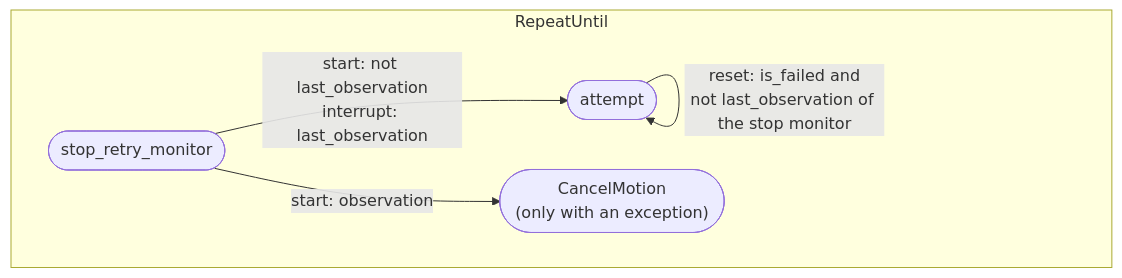
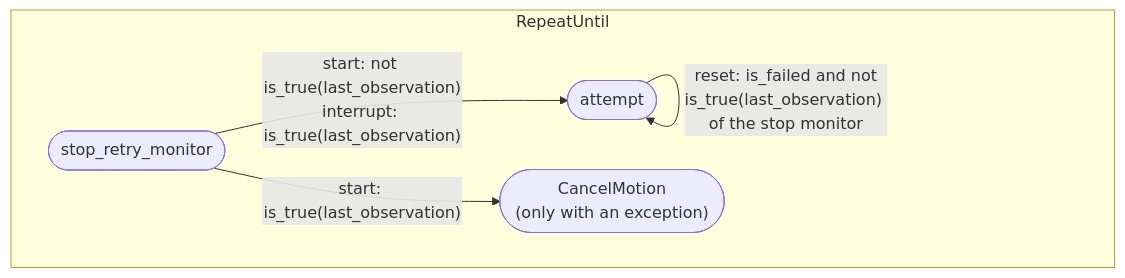
Before and after one commit to Tigul/cognitive_robot_abstract_machine: the tenth of 11 diagrams in giskardpy/doc/motion_statecharts.md, drawn with Mermaid. The commit also changed other lines of this file and 10 other files, not shown here.

````diff
--- a/giskardpy/doc/motion_statecharts.md
+++ b/giskardpy/doc/motion_statecharts.md
@@ -484,12 +499,12 @@
 ```{mermaid}
 flowchart LR
     subgraph repeat ["RepeatUntil"]
         direction LR
         stop(["stop_retry_monitor"])
         attempt(["attempt"])
         cancel(["CancelMotion<br/>(only with an exception)"])
     end
-    stop -- "start: not last_observation<br/>interrupt: last_observation" --> attempt
-    attempt -- "reset: is_failed and<br/>not last_observation of the stop monitor" --> attempt
-    stop -- "start: observation" --> cancel
+    stop -- "start: not is_true(last_observation)<br/>interrupt: is_true(last_observation)" --> attempt
+    attempt -- "reset: is_failed and not<br/>is_true(last_observation) of the stop monitor" --> attempt
+    stop -- "start: is_true(last_observation)" --> cancel
 ```
````
